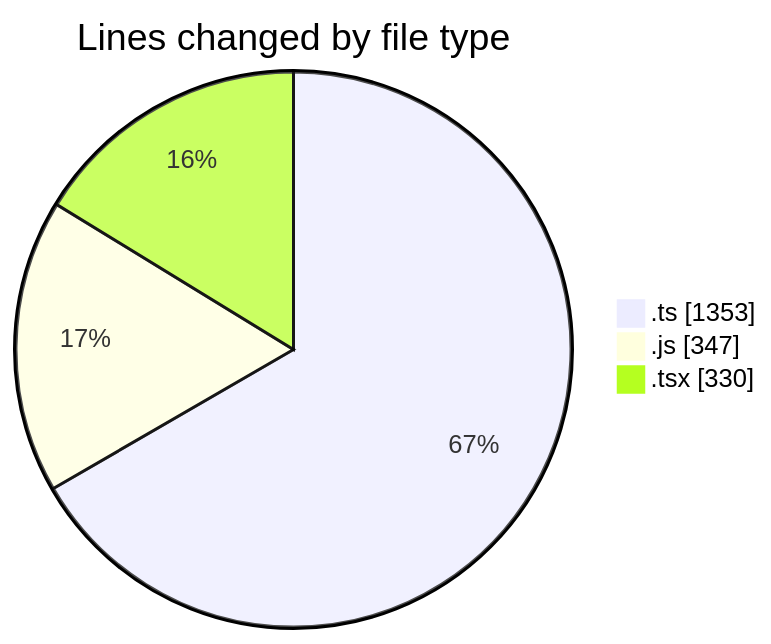
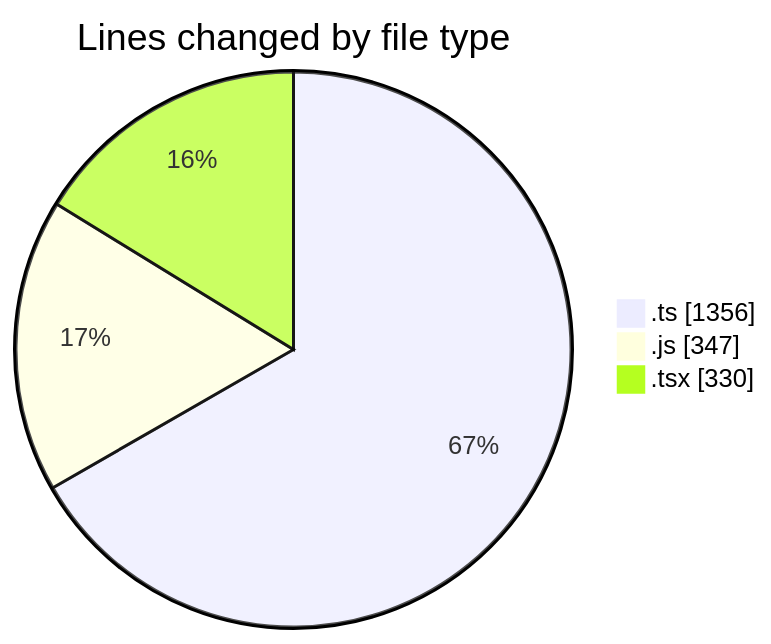
One commit to momahboobian/code-tracking changed the first of 2 diagrams in 2025-12-16/cda/README.md. Above: the diagram before and after it, drawn with Mermaid. The commit also changed other lines of this file and 1 other file, not shown here.

````diff
--- a/2025-12-16/cda/README.md
+++ b/2025-12-16/cda/README.md
@@ -23,7 +23,7 @@
 ```mermaid
 pie showData
 title Lines changed by file type
-".ts" : 1353
+".ts" : 1356
 ".js" : 347
 ".tsx" : 330
 ```
````
